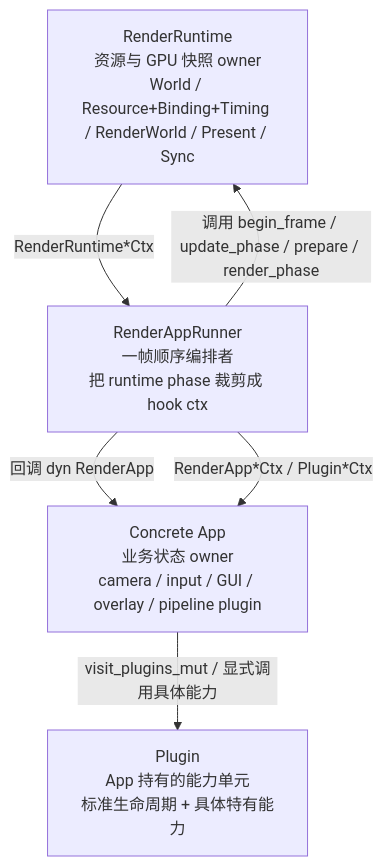
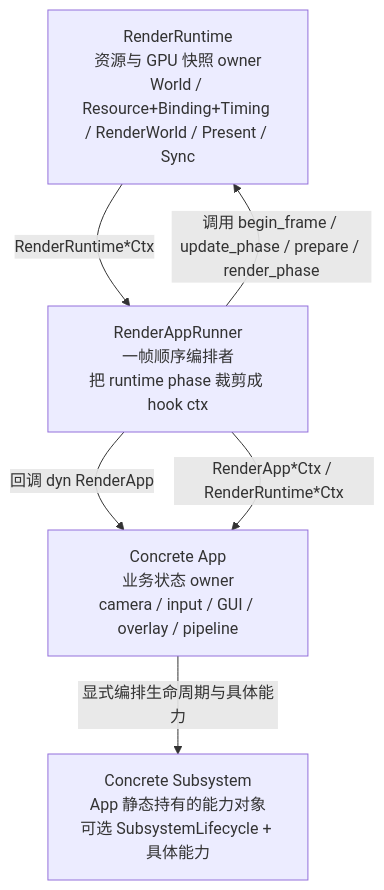
Before and after one commit to acccoco/TruvisRenderer: the first of 5 diagrams in docs/summaries/frame-lifecycle.md, drawn with Mermaid. The commit also changed other lines of this file and 50 other files, not shown here.

Commit message:
[refactor/app] 使用 SubsystemLifecycle 重构 App 子系统架构

````diff
--- a/docs/summaries/frame-lifecycle.md
+++ b/docs/summaries/frame-lifecycle.md
@@ -28,12 +28,12 @@
 ```mermaid
 flowchart TB
     Runtime["RenderRuntime<br/>资源与 GPU 快照 owner<br/>World / Resource+Binding+Timing / RenderWorld / Present / Sync"]
     Runner["RenderAppRunner<br/>一帧顺序编排者<br/>把 runtime phase 裁剪成 hook ctx"]
-    App["Concrete App<br/>业务状态 owner<br/>camera / input / GUI / overlay / pipeline plugin"]
-    Plugin["Plugin<br/>App 持有的能力单元<br/>标准生命周期 + 具体特有能力"]
+    App["Concrete App<br/>业务状态 owner<br/>camera / input / GUI / overlay / pipeline"]
+    Subsystem["Concrete Subsystem<br/>App 静态持有的能力对象<br/>可选 SubsystemLifecycle + 具体能力"]
     Runner -->|" 调用 begin_frame / update_phase / prepare / render_phase "| Runtime
     Runner -->|" 回调 dyn RenderApp "| App
-    App -->|" visit_plugins_mut / 显式调用具体能力 "| Plugin
+    App -->|" 显式编排生命周期与具体能力 "| Subsystem
     Runtime -->|" RenderRuntime*Ctx "| Runner
-    Runner -->|" RenderApp*Ctx / Plugin*Ctx "| App
+    Runner -->|" RenderApp*Ctx / RenderRuntime*Ctx "| App
 ```
````
